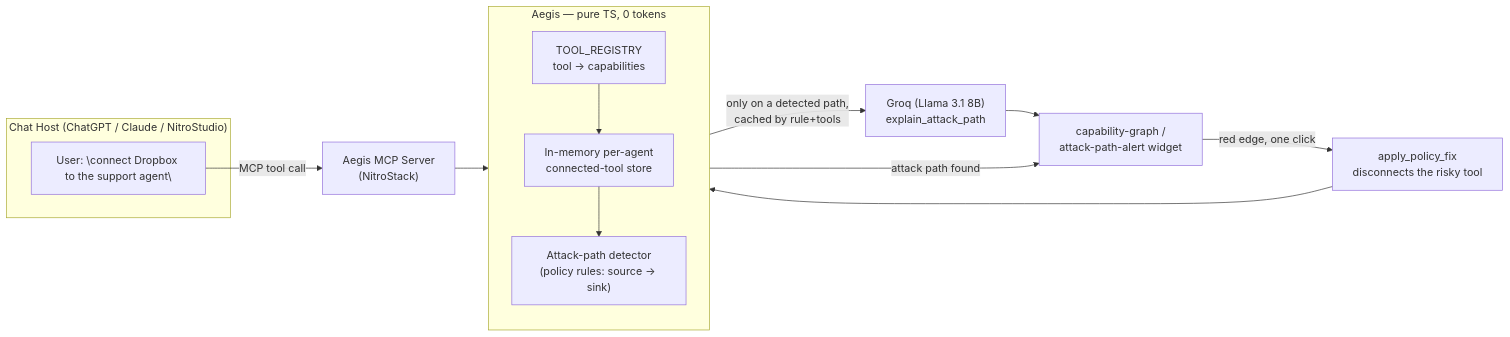
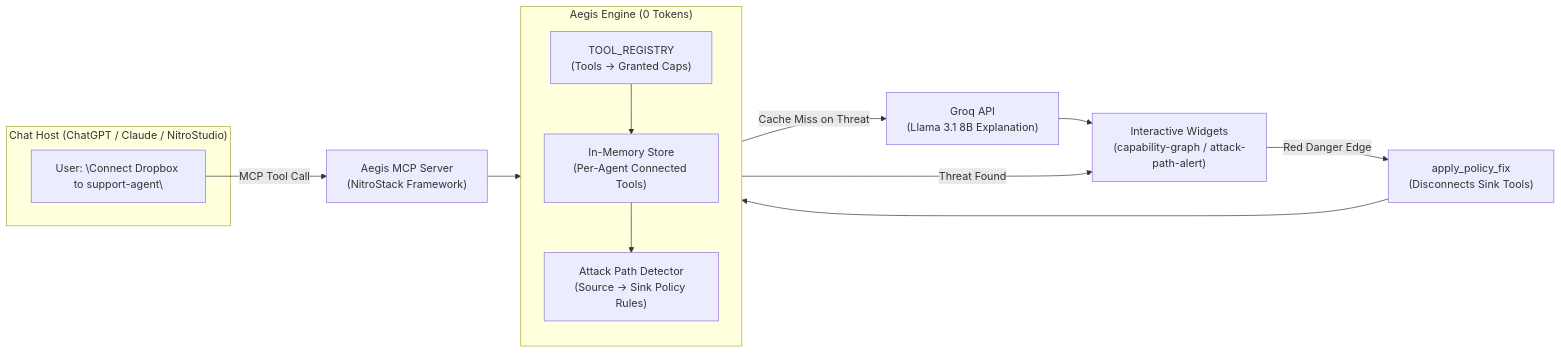
The diagram in README.md (prince-rai88/aegis-mcp), drawn with Mermaid before and after one commit. The commit also changed other lines of this file, not shown here.

Commit message:
docs: comprehensive README overhaul with complete architecture, API reference, and widget specs

````diff
--- a/README.md
+++ b/README.md
@@ -35,23 +55,23 @@
 ```mermaid
 flowchart LR
     subgraph Host["Chat Host (ChatGPT / Claude / NitroStudio)"]
-        User["User: \"connect Dropbox to the support agent\""]
+        User["User: \"Connect Dropbox to support-agent\""]
     end
 
-    User -->|MCP tool call| Server["Aegis MCP Server\n(NitroStack)"]
+    User -->|MCP Tool Call| Server["Aegis MCP Server\n(NitroStack Framework)"]
 
-    subgraph Server_detail["Aegis — pure TS, 0 tokens"]
+    subgraph Core["Aegis Engine (0 Tokens)"]
         direction TB
-        Registry["TOOL_REGISTRY\ntool -> capabilities"]
-        Store["In-memory per-agent\nconnected-tool store"]
-        Detector["Attack-path detector\n(policy rules: source -> sink)"]
+        Registry["TOOL_REGISTRY\n(Tools -> Granted Caps)"]
+        Store["In-Memory Store\n(Per-Agent Connected Tools)"]
+        Detector["Attack Path Detector\n(Source -> Sink Policy Rules)"]
         Registry --> Store --> Detector
     end
 
-    Server --> Server_detail
-    Detector -->|attack path found| Widget["capability-graph /\nattack-path-alert widget"]
-    Widget -->|red edge, one click| Fix["apply_policy_fix\ndisconnects the risky tool"]
-    Detector -->|only on a detected path,\ncached by rule+tools| LLM["Groq (Llama 3.1 8B)\nexplain_attack_path"]
-    LLM --> Widget
+    Server --> Core
+    Detector -->|Threat Found| Widgets["Interactive Widgets\n(capability-graph / attack-path-alert)"]
+    Widgets -->|Red Danger Edge| Fix["apply_policy_fix\n(Disconnects Sink Tools)"]
+    Detector -->|Cache Miss on Threat| Groq["Groq API\n(Llama 3.1 8B Explanation)"]
+    Groq --> Widgets
     Fix --> Detector
 ```
````
